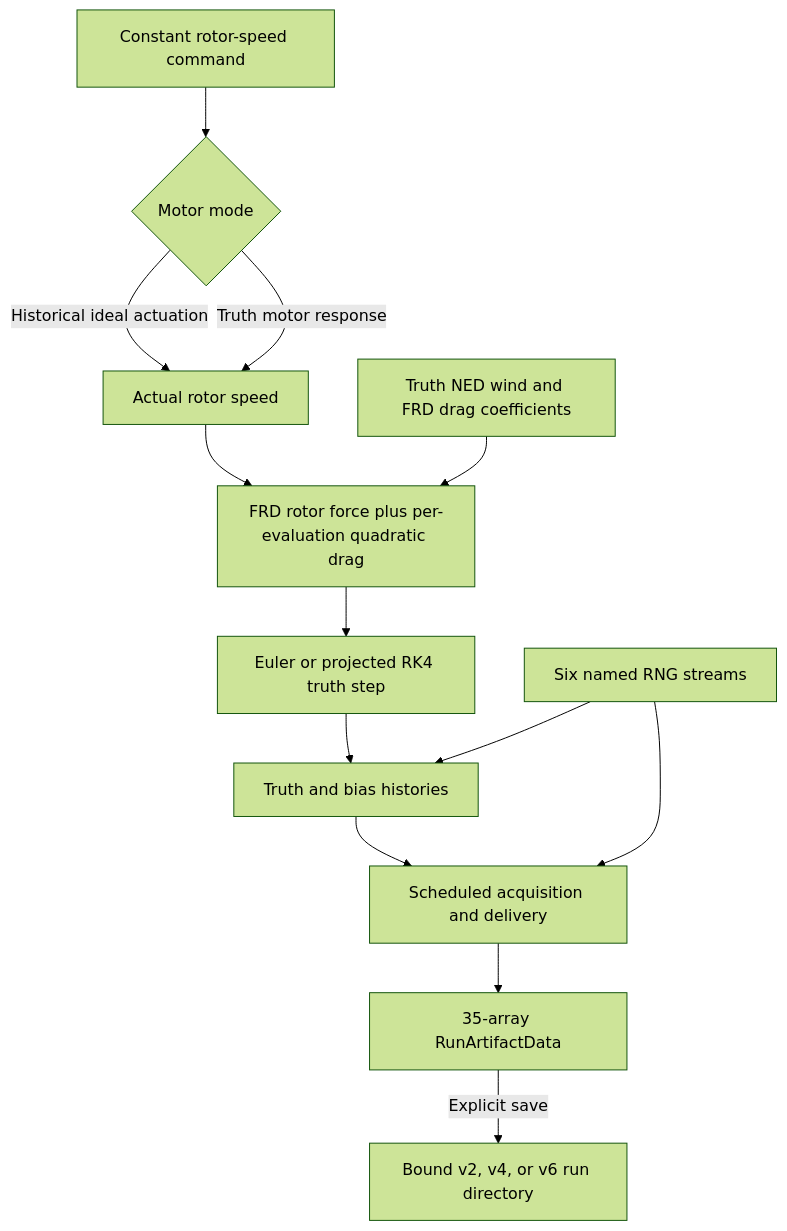
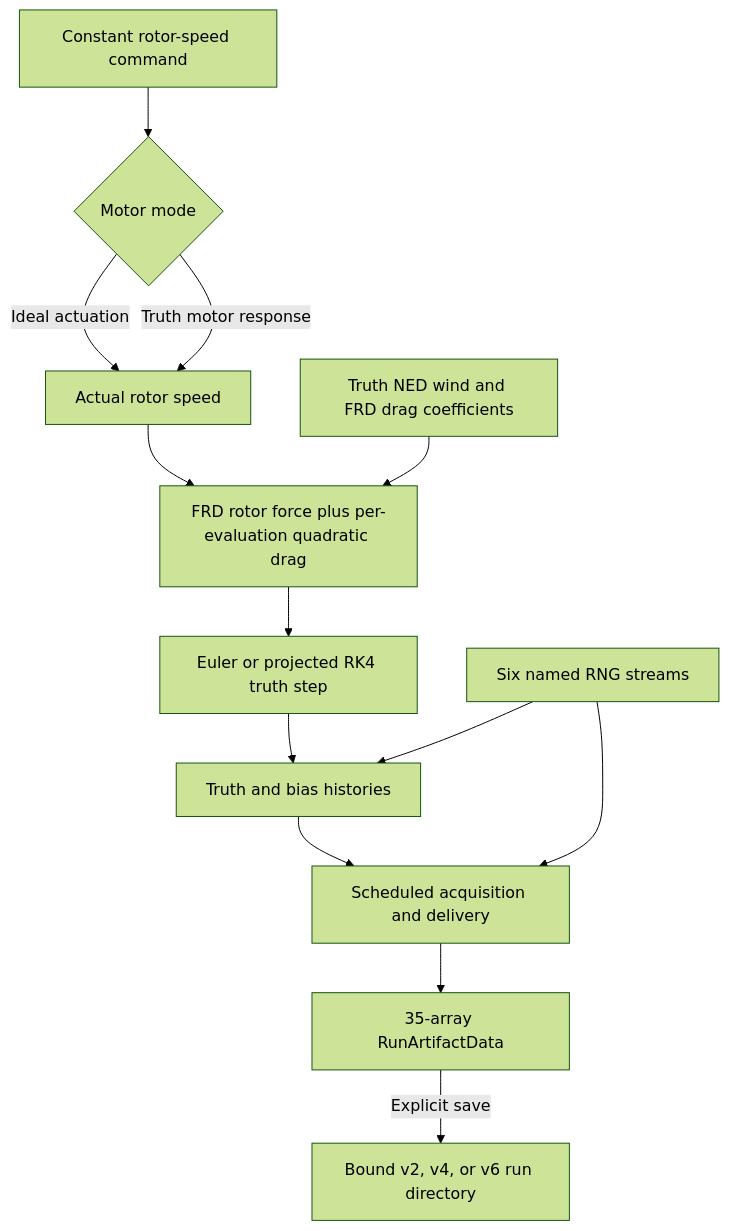
One commit to Gayles9/robust-quadrotor changed the diagram in docs/design/foundations.md. Above: the diagram before and after it, drawn with Mermaid (forest theme). The commit also changed other lines of this file and 205 other files, not shown here.

````diff
--- a/docs/design/foundations.md
+++ b/docs/design/foundations.md
@@ -29,15 +32,15 @@
 ```mermaid
 flowchart TD
     A[Constant rotor-speed command] --> B{Motor mode}
-    B -->|Historical ideal actuation| C[Actual rotor speed]
+    B -->|Ideal actuation| C[Actual rotor speed]
     B -->|Truth motor response| C
     C --> D[FRD rotor force plus per-evaluation quadratic drag]
     J[Truth NED wind and FRD drag coefficients] --> D
     D --> K[Euler or projected RK4 truth step]
     K --> E[Truth and bias histories]
     E --> F[Scheduled acquisition and delivery]
     G[Six named RNG streams] --> E
     G --> F
     F --> H[35-array RunArtifactData]
     H -->|Explicit save| I[Bound v2, v4, or v6 run directory]
 ```
````
